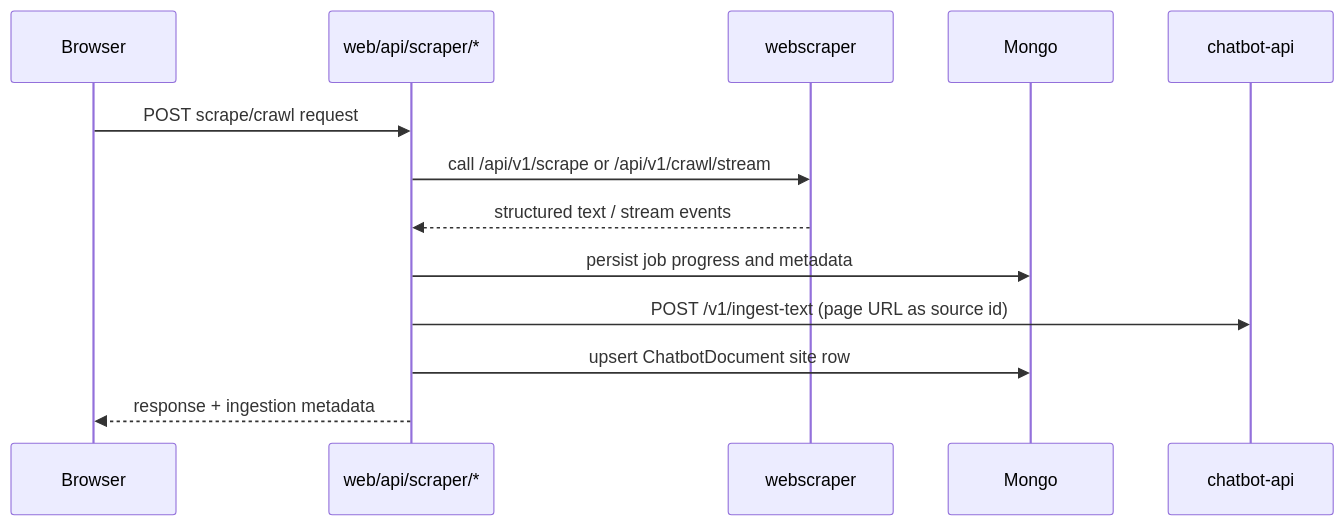
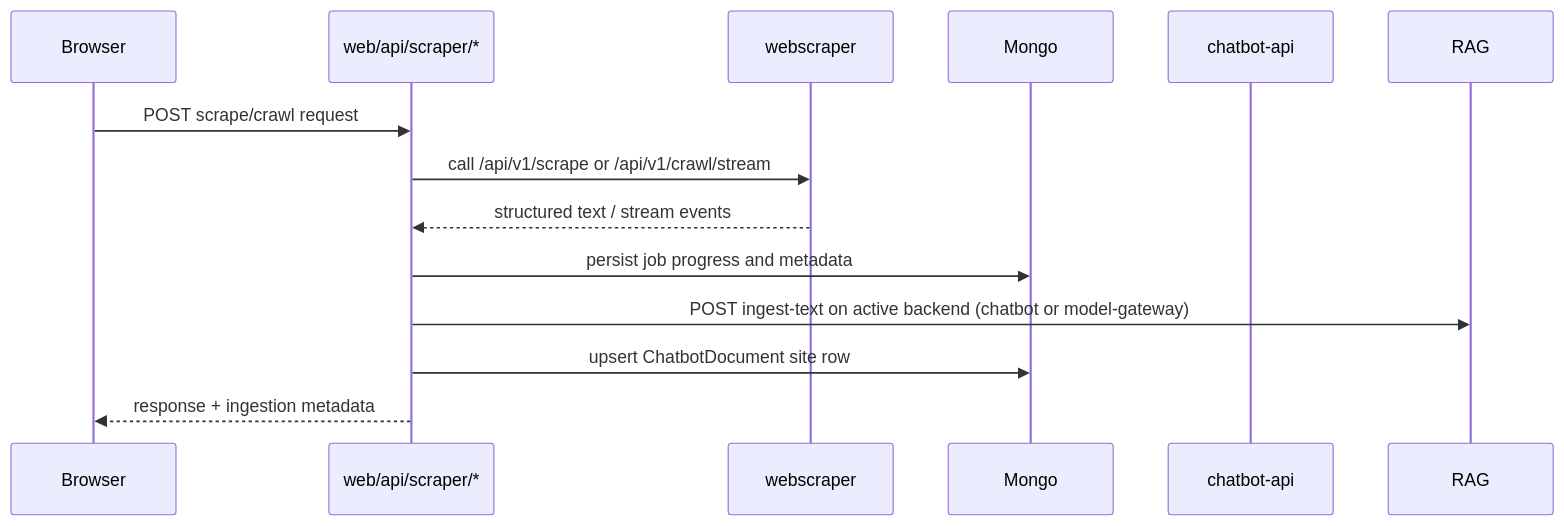
The second of 3 diagrams in monorepo/docs/apps/web/architecture.md (Hamzha/chatbot-service), drawn with Mermaid before and after one commit. The commit also changed other lines of this file and 30 other files, not shown here.

First line of the commit message:
feat: enhance RAG backend routing and shared configuration

````diff
--- a/monorepo/docs/apps/web/architecture.md
+++ b/monorepo/docs/apps/web/architecture.md
@@ -38,16 +38,16 @@
 ```mermaid
 sequenceDiagram
     participant Browser
     participant WebAPI as web/api/scraper/*
     participant Scraper as webscraper
     participant DB as Mongo
     participant Chatbot as chatbot-api
 
     Browser->>WebAPI: POST scrape/crawl request
     WebAPI->>Scraper: call /api/v1/scrape or /api/v1/crawl/stream
     Scraper-->>WebAPI: structured text / stream events
     WebAPI->>DB: persist job progress and metadata
-    WebAPI->>Chatbot: POST /v1/ingest-text (page URL as source id)
+    WebAPI->>RAG: POST ingest-text on active backend (chatbot or model-gateway)
     WebAPI->>DB: upsert ChatbotDocument site row
     WebAPI-->>Browser: response + ingestion metadata
 ```
````
